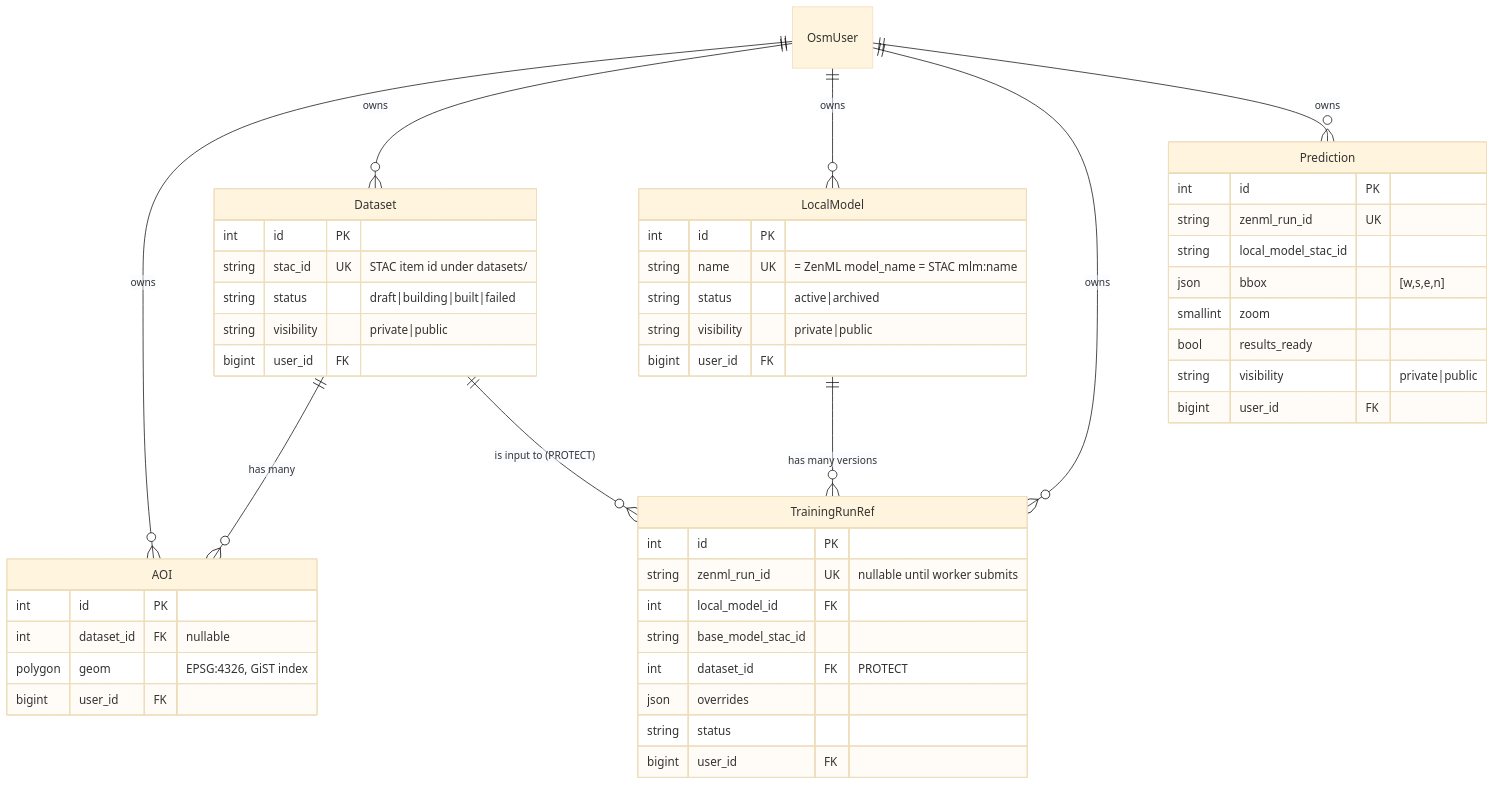
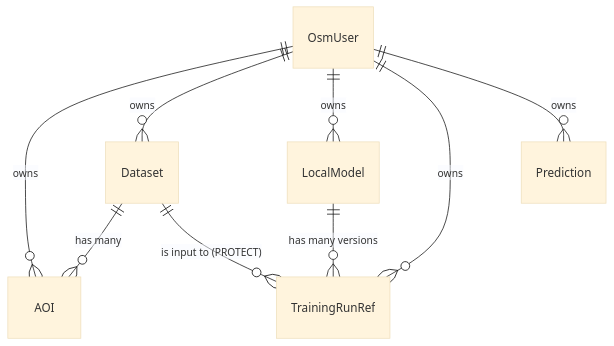
Before and after one commit to hotosm/fAIr: the diagram in docs/architecture/backend.md, drawn with Mermaid (base theme). The commit also changed other lines of this file and 23 other files, not shown here.

````diff
--- a/docs/architecture/backend.md
+++ b/docs/architecture/backend.md
@@ -39,53 +39,14 @@
 ```mermaid
 erDiagram
+    direction TB
     OsmUser ||--o{ AOI : owns
     OsmUser ||--o{ Dataset : owns
     OsmUser ||--o{ LocalModel : owns
     OsmUser ||--o{ TrainingRunRef : owns
     OsmUser ||--o{ Prediction : owns
 
     Dataset ||--o{ AOI : "has many"
     Dataset ||--o{ TrainingRunRef : "is input to (PROTECT)"
     LocalModel ||--o{ TrainingRunRef : "has many versions"
 
-    Dataset {
-        int id PK
-        string stac_id UK "STAC item id under datasets/"
-        string status "draft|building|built|failed"
-        string visibility "private|public"
-        bigint user_id FK
-    }
-    AOI {
-        int id PK
-        int dataset_id FK "nullable"
-        polygon geom "EPSG:4326, GiST index"
-        bigint user_id FK
-    }
-    LocalModel {
-        int id PK
-        string name UK "= ZenML model_name = STAC mlm:name"
-        string status "active|archived"
-        string visibility "private|public"
-        bigint user_id FK
-    }
-    TrainingRunRef {
-        int id PK
-        string zenml_run_id UK "nullable until worker submits"
-        int local_model_id FK
-        string base_model_stac_id
-        int dataset_id FK "PROTECT"
-        json overrides
-        string status
-        bigint user_id FK
-    }
-    Prediction {
-        int id PK
-        string zenml_run_id UK
-        string local_model_stac_id
-        json bbox "[w,s,e,n]"
-        smallint zoom
-        bool results_ready
-        string visibility "private|public"
-        bigint user_id FK
-    }
 ```
````
